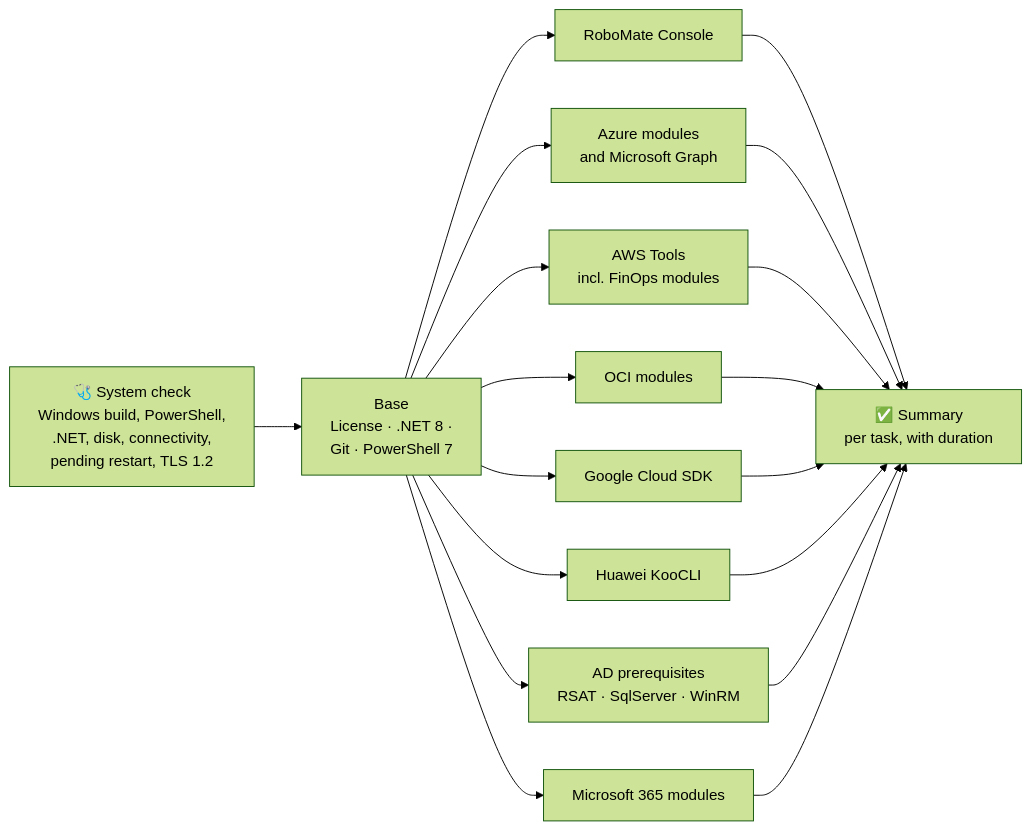
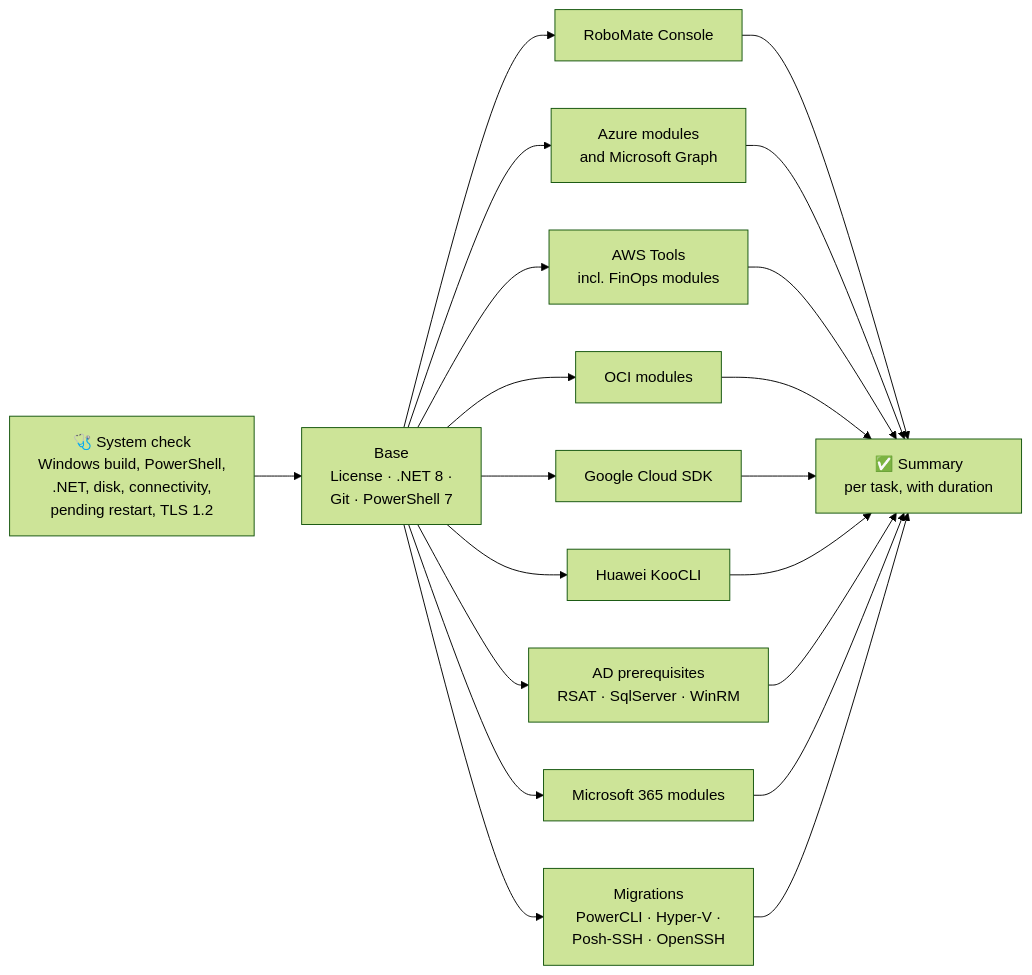
Diagram 14 of 14 in README.md (MarcoFekry/RoboMate-CloudAutomation), drawn with Mermaid (forest theme) before and after one commit. The commit also changed other lines of this file, not shown here.

````diff
--- a/README.md
+++ b/README.md
@@ -925,13 +1009,14 @@
 ```mermaid
 flowchart LR
     C["🩺 System check<br/>Windows build, PowerShell,<br/>.NET, disk, connectivity,<br/>pending restart, TLS 1.2"] --> B["Base<br/>License · .NET 8 ·<br/>Git · PowerShell 7"]
     B --> CON["RoboMate Console"]
     B --> AZ["Azure modules<br/>and Microsoft Graph"]
     B --> AW["AWS Tools<br/>incl. FinOps modules"]
     B --> OC["OCI modules"]
     B --> GC["Google Cloud SDK"]
     B --> HU["Huawei KooCLI"]
     B --> ADP["AD prerequisites<br/>RSAT · SqlServer · WinRM"]
     B --> M3["Microsoft 365 modules"]
-    CON & AZ & AW & OC & GC & HU & ADP & M3 --> D["✅ Summary<br/>per task, with duration"]
+    B --> MIG["Migrations<br/>PowerCLI · Hyper-V ·<br/>Posh-SSH · OpenSSH"]
+    CON & AZ & AW & OC & GC & HU & ADP & M3 & MIG --> D["✅ Summary<br/>per task, with duration"]
 ```
````
